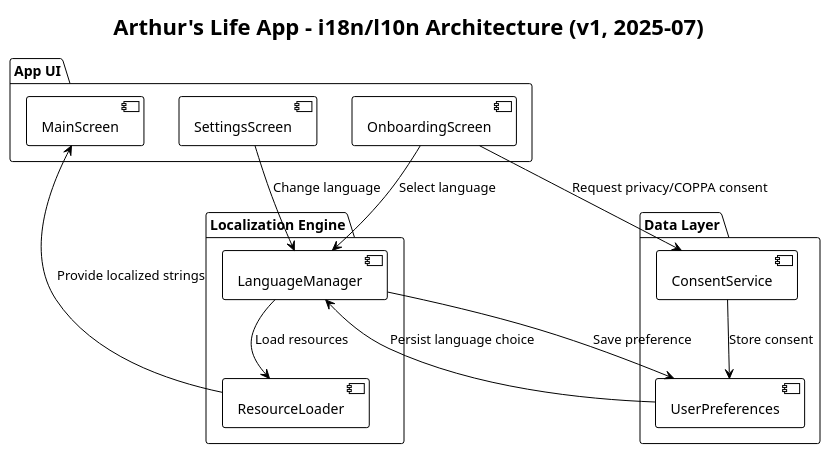
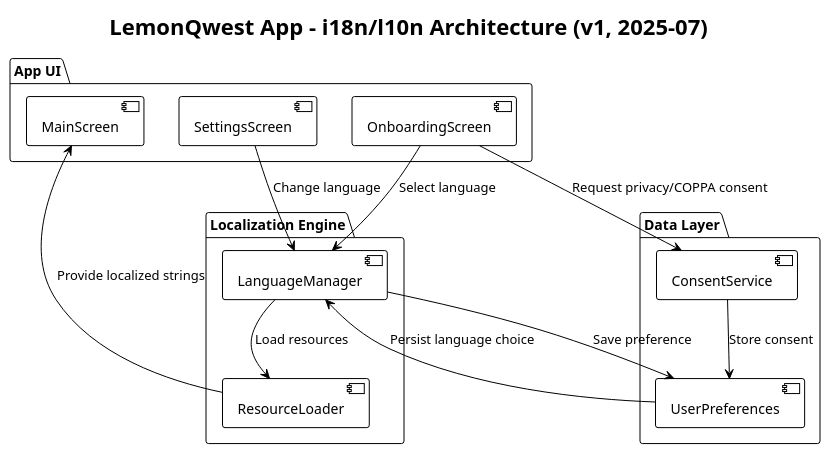
The diagram in docs/diagrams/i18n-l10n-architecture.puml (almeidaraphael/arthurs-life-app), drawn with PlantUML before and after one commit. The commit also changed 705 other files, not shown here.

```diff
--- a/docs/diagrams/i18n-l10n-architecture.puml
+++ b/docs/diagrams/i18n-l10n-architecture.puml
@@ -1,31 +1,31 @@
 @startuml i18n-l10n-architecture
 !theme plain
 
-title Arthur's Life App - i18n/l10n Architecture (v1, 2025-07)
+title LemonQwest App - i18n/l10n Architecture (v1, 2025-07)
 
 package "App UI" {
   [MainScreen]
   [SettingsScreen]
   [OnboardingScreen]
 }
 
 package "Localization Engine" {
   [LanguageManager]
   [ResourceLoader]
 }
 
 package "Data Layer" {
   [UserPreferences]
   [ConsentService]
 }
 
 [SettingsScreen] --> [LanguageManager] : Change language
 [OnboardingScreen] --> [LanguageManager] : Select language
 [LanguageManager] --> [ResourceLoader] : Load resources
 [ResourceLoader] --> [MainScreen] : Provide localized strings
 [UserPreferences] --> [LanguageManager] : Persist language choice
 [LanguageManager] --> [UserPreferences] : Save preference
 [OnboardingScreen] --> [ConsentService] : Request privacy/COPPA consent
 [ConsentService] --> [UserPreferences] : Store consent
 
 @enduml
```
